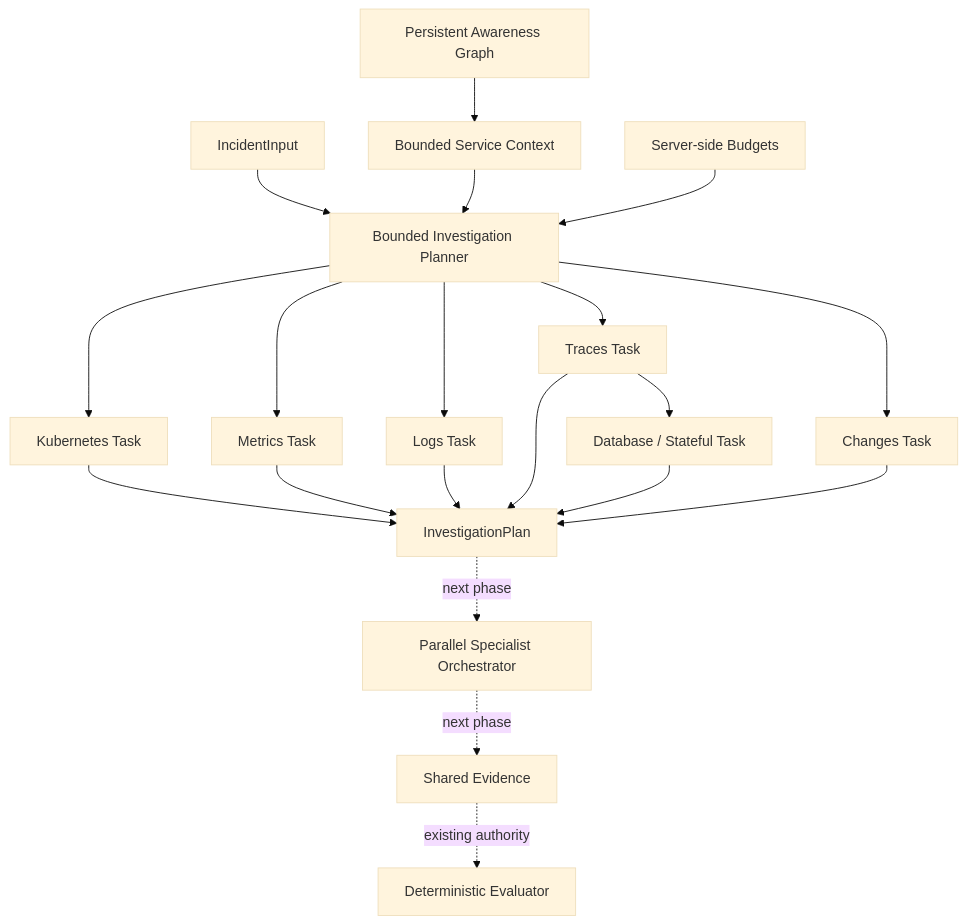
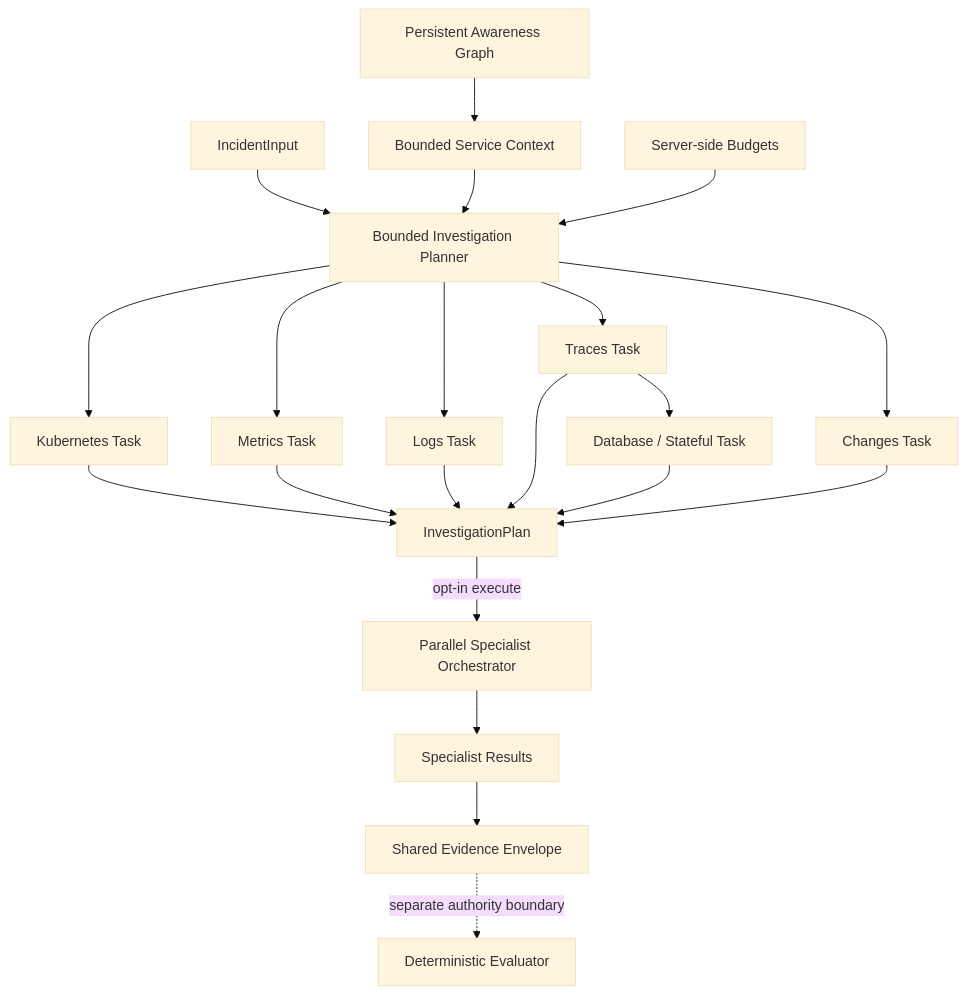
The diagram in docs/agentic-investigation.md (marcocristofolini/ai-sre-rca), drawn with Mermaid (base theme) before and after one commit. The commit also changed other lines of this file and 19 other files, not shown here.

Commit message:
feat: add opt-in parallel specialist execution

```diff
--- a/docs/agentic-investigation.md
+++ b/docs/agentic-investigation.md
@@ -31,25 +31,26 @@
 ~~~mermaid
 flowchart TD
     I[IncidentInput] --> P[Bounded Investigation Planner]
     G[Persistent Awareness Graph] --> C[Bounded Service Context]
     C --> P
     S[Server-side Budgets] --> P
 
     P --> K[Kubernetes Task]
     P --> M[Metrics Task]
     P --> L[Logs Task]
     P --> T[Traces Task]
     T --> D[Database / Stateful Task]
     P --> CH[Changes Task]
 
     K --> OUT[InvestigationPlan]
     M --> OUT
     L --> OUT
     T --> OUT
     D --> OUT
     CH --> OUT
 
-    OUT -. next phase .-> ORCH[Parallel Specialist Orchestrator]
-    ORCH -. next phase .-> EV[Shared Evidence]
-    EV -. existing authority .-> DET[Deterministic Evaluator]
+    OUT -->|opt-in execute| ORCH[Parallel Specialist Orchestrator]
+    ORCH --> SE[Specialist Results]
+    SE --> EV[Shared Evidence Envelope]
+    EV -. separate authority boundary .-> DET[Deterministic Evaluator]
 ~~~
```
